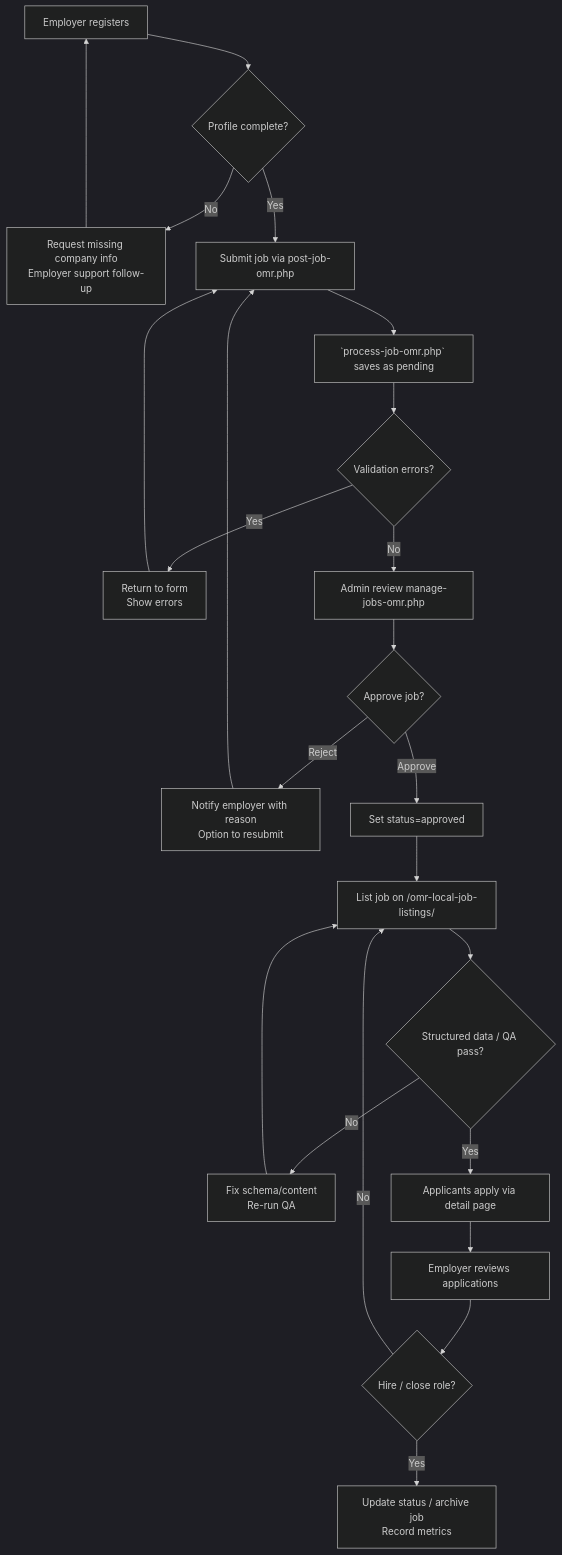
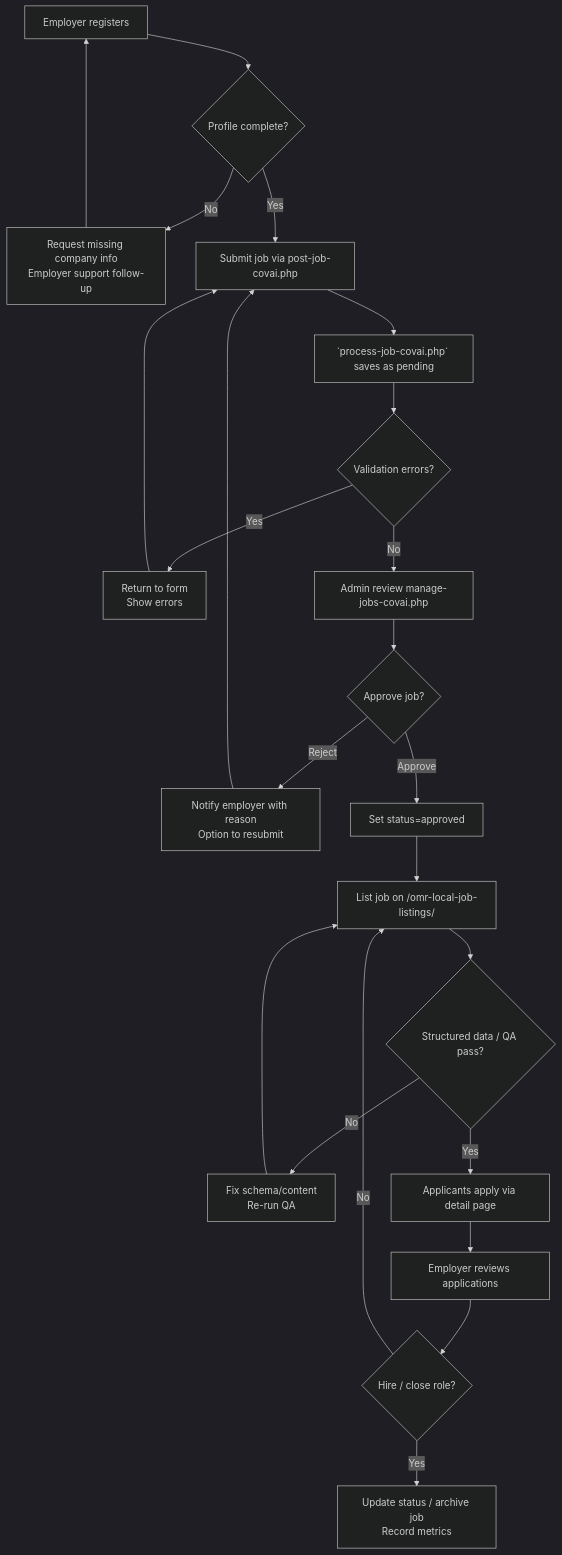
The diagram in docs/workflows-pipelines/job-portal-workflow.md (itsmehari/mycovai.in), drawn with Mermaid (dark theme) before and after one commit. The commit also changed other lines of this file and 452 other files, not shown here.

````diff
--- a/docs/workflows-pipelines/job-portal-workflow.md
+++ b/docs/workflows-pipelines/job-portal-workflow.md
@@ -22,21 +22,21 @@
 ```mermaid
 flowchart TD
     A[Employer registers] --> B{Profile complete?}
     B -- No --> B1[Request missing company info<br/>Employer support follow-up] --> A
-    B -- Yes --> C[Submit job via post-job-omr.php]
-    C --> D[`process-job-omr.php` saves as pending]
+    B -- Yes --> C[Submit job via post-job-covai.php]
+    C --> D[`process-job-covai.php` saves as pending]
     D --> E{Validation errors?}
     E -- Yes --> E1[Return to form<br/>Show errors] --> C
-    E -- No --> F[Admin review manage-jobs-omr.php]
+    E -- No --> F[Admin review manage-jobs-covai.php]
     F --> G{Approve job?}
     G -- Reject --> G1[Notify employer with reason<br/>Option to resubmit] --> C
     G -- Approve --> H[Set status=approved]
     H --> I[List job on /omr-local-job-listings/]
     I --> J{Structured data / QA pass?}
     J -- No --> J1[Fix schema/content<br/>Re-run QA] --> I
     J -- Yes --> K[Applicants apply via detail page]
     K --> L[Employer reviews applications]
     L --> M{Hire / close role?}
     M -- No --> I
     M -- Yes --> N[Update status / archive job<br/>Record metrics]
 ```
````
